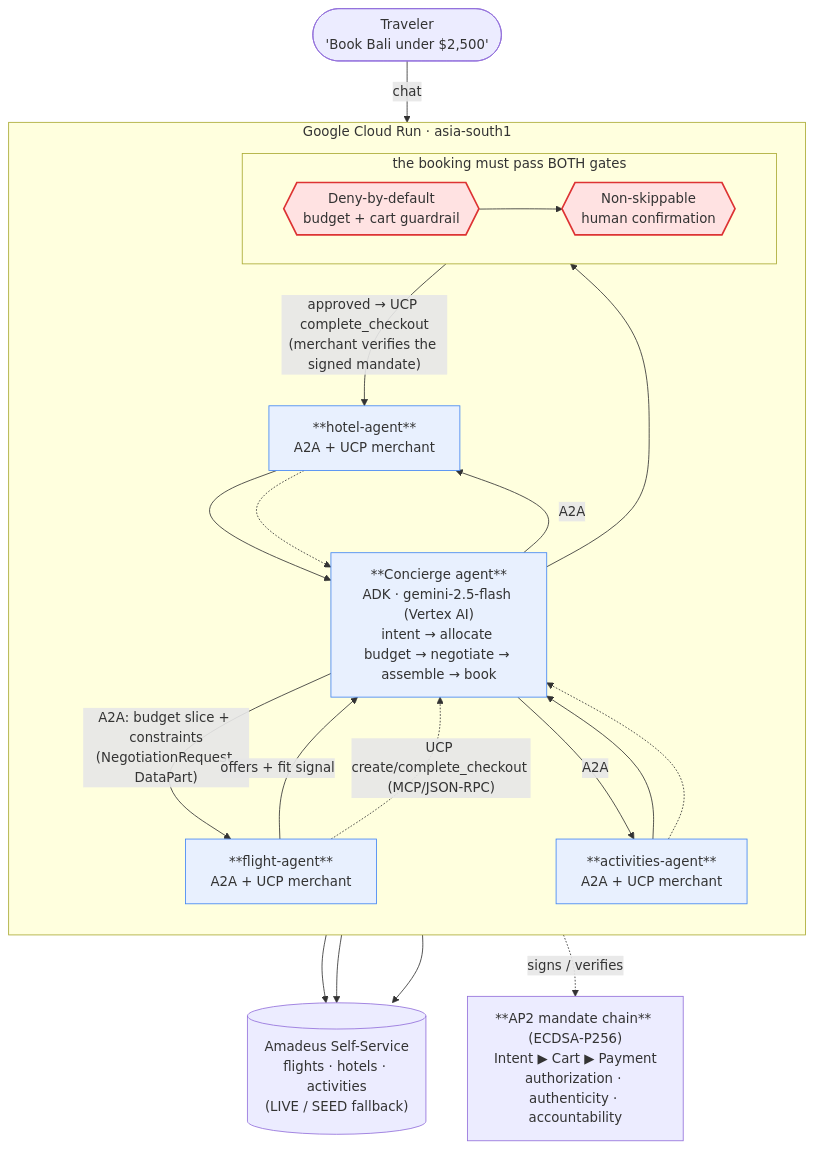
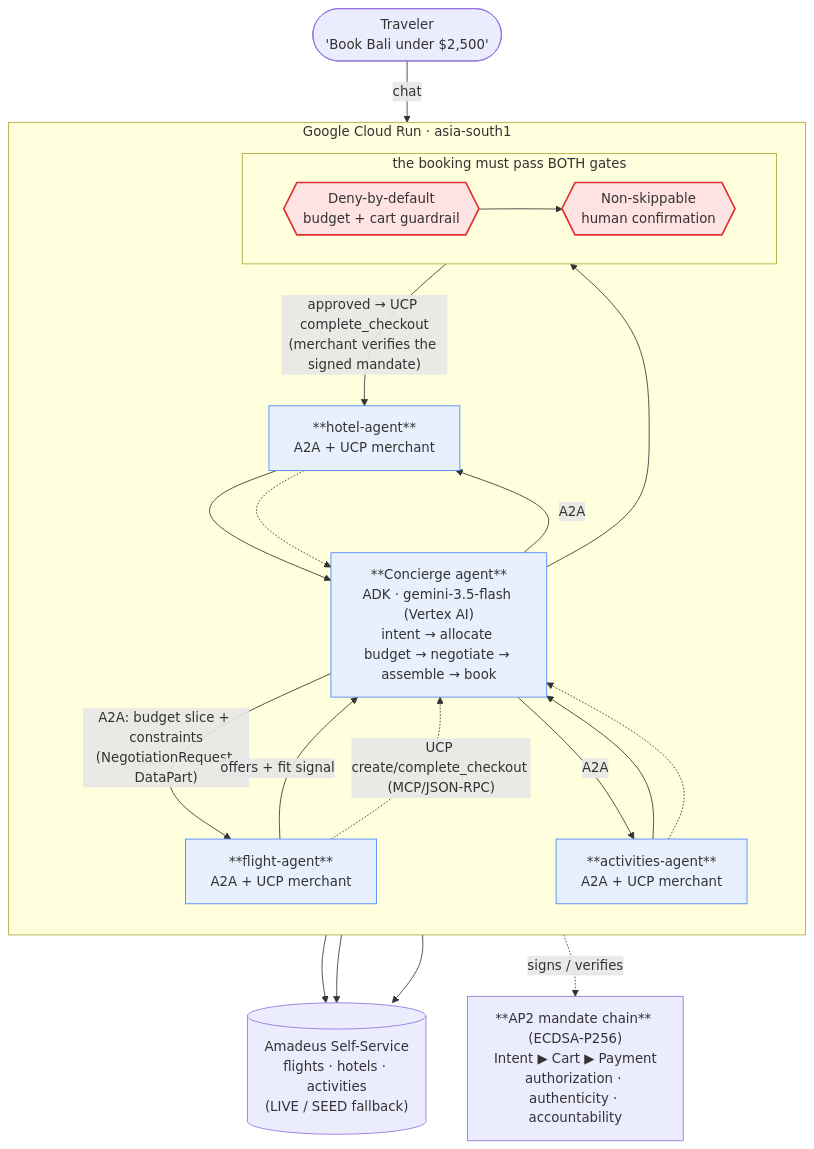
One commit to ihiteshgupta/odyssey changed the diagram in docs/architecture.mmd. Above: the diagram before and after it, drawn with Mermaid. The commit also changed 15 other files, not shown here.

First line of the commit message:
feat: upgrade to Gemini 3.5 Flash (latest GA Flash; global Vertex endpoint)

```diff
--- a/docs/architecture.mmd
+++ b/docs/architecture.mmd
@@ -1,45 +1,45 @@
 flowchart TB
     user(["Traveler<br/>'Book Bali under $2,500'"])
 
     subgraph cr["Google Cloud Run · asia-south1"]
         direction TB
-        concierge["**Concierge agent**<br/>ADK · gemini-2.5-flash (Vertex AI)<br/>intent → allocate budget → negotiate → assemble → book"]
+        concierge["**Concierge agent**<br/>ADK · gemini-3.5-flash (Vertex AI)<br/>intent → allocate budget → negotiate → assemble → book"]
 
         subgraph gates["the booking must pass BOTH gates"]
             direction LR
             guard{{"Deny-by-default<br/>budget + cart guardrail"}}
             hitl{{"Non-skippable<br/>human confirmation"}}
         end
 
         flight["**flight-agent**<br/>A2A + UCP merchant"]
         hotel["**hotel-agent**<br/>A2A + UCP merchant"]
         activity["**activities-agent**<br/>A2A + UCP merchant"]
     end
 
     amadeus[("Amadeus Self-Service<br/>flights · hotels · activities<br/>(LIVE / SEED fallback)")]
     ap2["**AP2 mandate chain** (ECDSA-P256)<br/>Intent ▶ Cart ▶ Payment<br/>authorization · authenticity · accountability"]
 
     user -->|"chat"| concierge
     concierge -->|"A2A: budget slice + constraints<br/>(NegotiationRequest DataPart)"| flight
     concierge -->|"A2A"| hotel
     concierge -->|"A2A"| activity
     flight -->|"offers + fit signal"| concierge
     hotel --> concierge
     activity --> concierge
 
     flight -.->|"UCP create/complete_checkout (MCP/JSON-RPC)"| concierge
     hotel -.-> concierge
     activity -.-> concierge
 
     flight --> amadeus
     hotel --> amadeus
     activity --> amadeus
 
     concierge --> guard --> hitl
     hitl -->|"approved → UCP complete_checkout<br/>(merchant verifies the signed mandate)"| hotel
     concierge -.->|"signs / verifies"| ap2
 
     classDef gate fill:#ffe2e2,stroke:#d33,stroke-width:2px;
     class guard,hitl gate;
     classDef agent fill:#e8f0fe,stroke:#4285f4,stroke-width:1px;
     class concierge,flight,hotel,activity agent;
```
